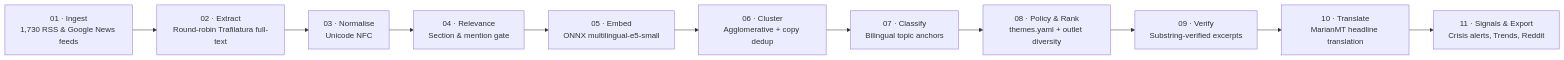
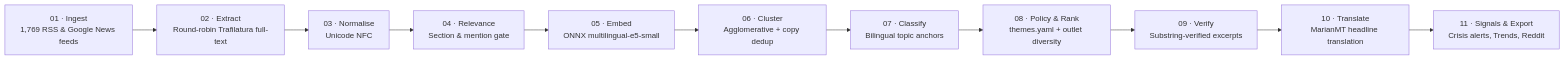
One commit to gergkar-gif/argos-monitor changed the diagram in README.md. Above: the diagram before and after it, drawn with Mermaid. The commit also changed other lines of this file and 14 other files, not shown here.

````diff
--- a/README.md
+++ b/README.md
@@ -39,13 +39,13 @@
 ```mermaid
 flowchart LR
-    A["01 · Ingest<br/>1,730 RSS & Google News feeds"] --> B["02 · Extract<br/>Round-robin Trafilatura full-text"]
+    A["01 · Ingest<br/>1,769 RSS & Google News feeds"] --> B["02 · Extract<br/>Round-robin Trafilatura full-text"]
     B --> C["03 · Normalise<br/>Unicode NFC"]
     C --> D["04 · Relevance<br/>Section & mention gate"]
     D --> E["05 · Embed<br/>ONNX multilingual-e5-small"]
     E --> F["06 · Cluster<br/>Agglomerative + copy dedup"]
     F --> G["07 · Classify<br/>Bilingual topic anchors"]
     G --> H["08 · Policy & Rank<br/>themes.yaml + outlet diversity"]
     H --> I["09 · Verify<br/>Substring-verified excerpts"]
     I --> J["10 · Translate<br/>MarianMT headline translation"]
     J --> K["11 · Signals & Export<br/>Crisis alerts, Trends, Reddit"]
 ```
````
